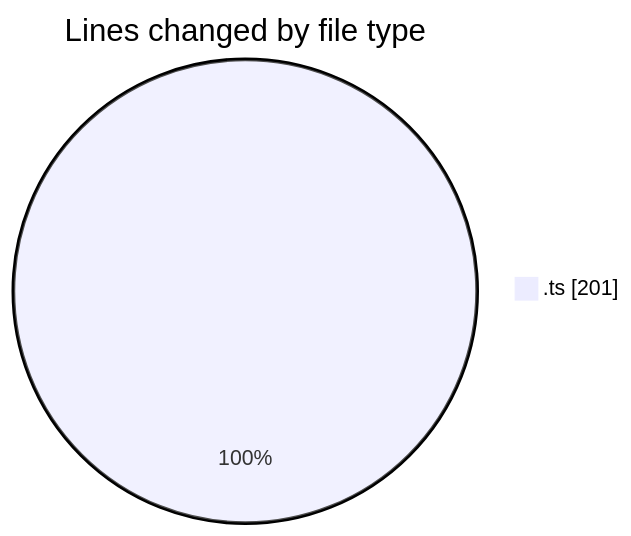
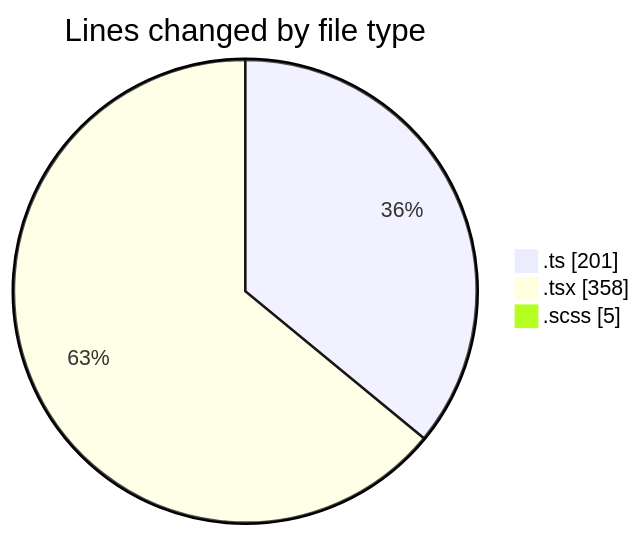
Before and after one commit to momahboobian/code-tracking: the first of 2 diagrams in 2026-03-17/cda/README.md, drawn with Mermaid. The commit also changed other lines of this file and 1 other file, not shown here.

````diff
--- a/2026-03-17/cda/README.md
+++ b/2026-03-17/cda/README.md
@@ -20,5 +23,7 @@
 ```mermaid
 pie showData
 title Lines changed by file type
 ".ts" : 201
+".tsx" : 358
+".scss" : 5
 ```
````
